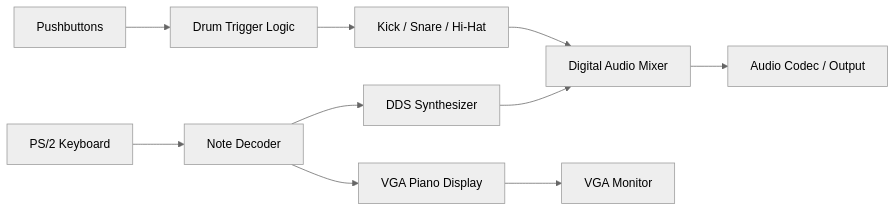
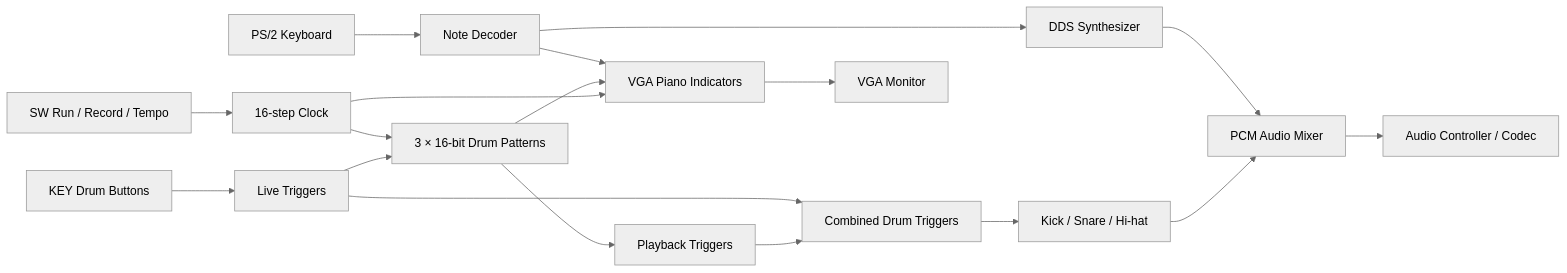
The diagram in README.md (khalidiiqbal/FPGA-Digital-Instrument-Looper), drawn with Mermaid (neutral theme) before and after one commit. The commit also changed other lines of this file and 4 other files, not shown here.

Commit message:
docs: record Milestone 2 demo and scope usable VGA step editor for final

````diff
--- a/README.md
+++ b/README.md
@@ -40,12 +44,20 @@
 ```mermaid
 flowchart LR
-    KB["PS/2 Keyboard"] --> DEC["Note Decoder"]
-    DEC --> SYN["DDS Synthesizer"]
-    DEC --> VGA["VGA Piano Display"]
-    BTN["Pushbuttons"] --> TRIG["Drum Trigger Logic"]
-    TRIG --> DRUM["Kick / Snare / Hi-Hat"]
-    SYN --> MIX["Digital Audio Mixer"]
-    DRUM --> MIX
-    MIX --> CODEC["Audio Codec / Output"]
-    VGA --> MON["VGA Monitor"]
+  K["PS/2 Keyboard"] --> D["Note Decoder"]
+  D --> SYN["DDS Synthesizer"]
+  D --> VG["VGA Piano Indicators"]
+  BTN["KEY Drum Buttons"] --> LIVE["Live Triggers"]
+  SW["SW Run / Record / Tempo"] --> CLK["16-step Clock"]
+  CLK --> MEM["3 × 16-bit Drum Patterns"]
+  LIVE --> MEM
+  MEM --> TRIG["Playback Triggers"]
+  LIVE --> MIXTRIG["Combined Drum Triggers"]
+  TRIG --> MIXTRIG
+  MIXTRIG --> DRUM["Kick / Snare / Hi-hat"]
+  SYN --> MIX["PCM Audio Mixer"]
+  DRUM --> MIX
+  MIX --> CODEC["Audio Controller / Codec"]
+  MEM --> VG
+  CLK --> VG
+  VG --> DISP["VGA Monitor"]
 ```
````
